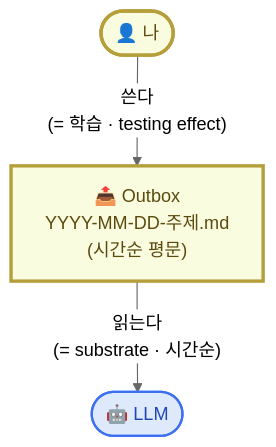
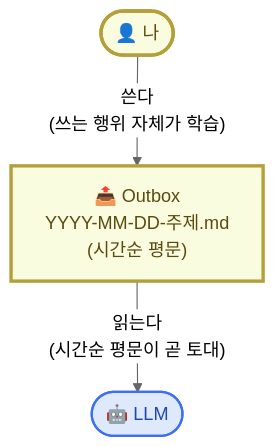
The first of 3 diagrams in content/week2/mechanism.mdx (effectiveai-io/my-learning-agent), drawn with Mermaid (neutral theme) before and after one commit. The commit also changed other lines of this file and 1 other file, not shown here.

````diff
--- a/content/week2/mechanism.mdx
+++ b/content/week2/mechanism.mdx
@@ -18,16 +22,16 @@
 ```mermaid
 flowchart TB
     Me(["👤 나"])
     LLM(["🤖 LLM"])
     Box["📤 Outbox<br/>YYYY-MM-DD-주제.md<br/>(시간순 평문)"]
 
-    Me -- "쓴다<br/>(= 학습 · testing effect)" --> Box
-    Box -- "읽는다<br/>(= substrate · 시간순)" --> LLM
+    Me -- "쓴다<br/>(쓰는 행위 자체가 학습)" --> Box
+    Box -- "읽는다<br/>(시간순 평문이 곧 토대)" --> LLM
 
     classDef me fill:#fafce0,stroke:#b59f3b,stroke-width:3px,color:#5b4a0e
     classDef box fill:#fafce0,stroke:#b59f3b,stroke-width:3px,color:#5b4a0e
     classDef llm fill:#dee9fb,stroke:#3d6ff2,stroke-width:2px,color:#1f47b3
     class Me me
     class Box box
     class LLM llm
 ```
````
